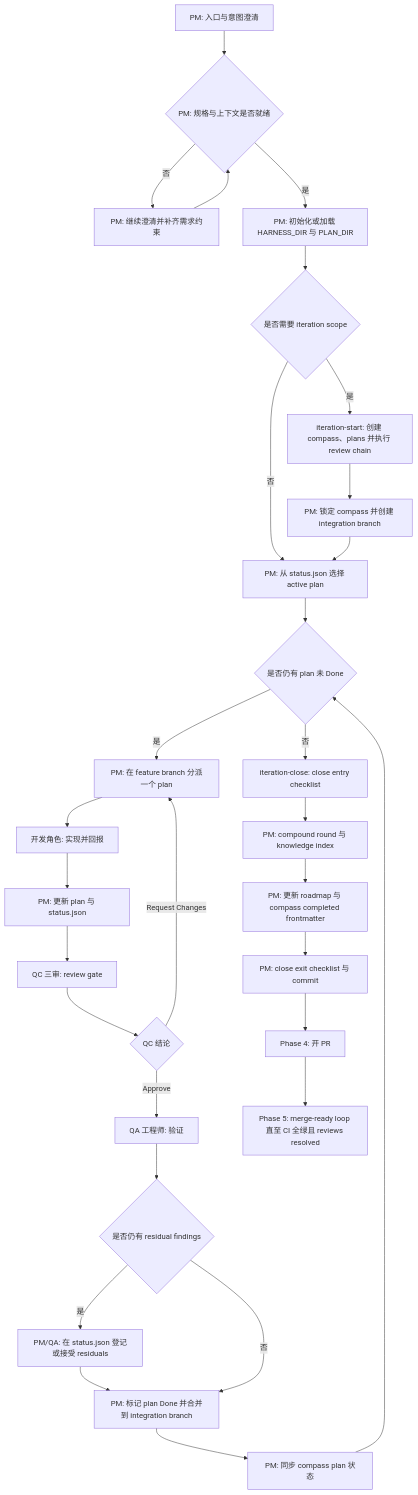
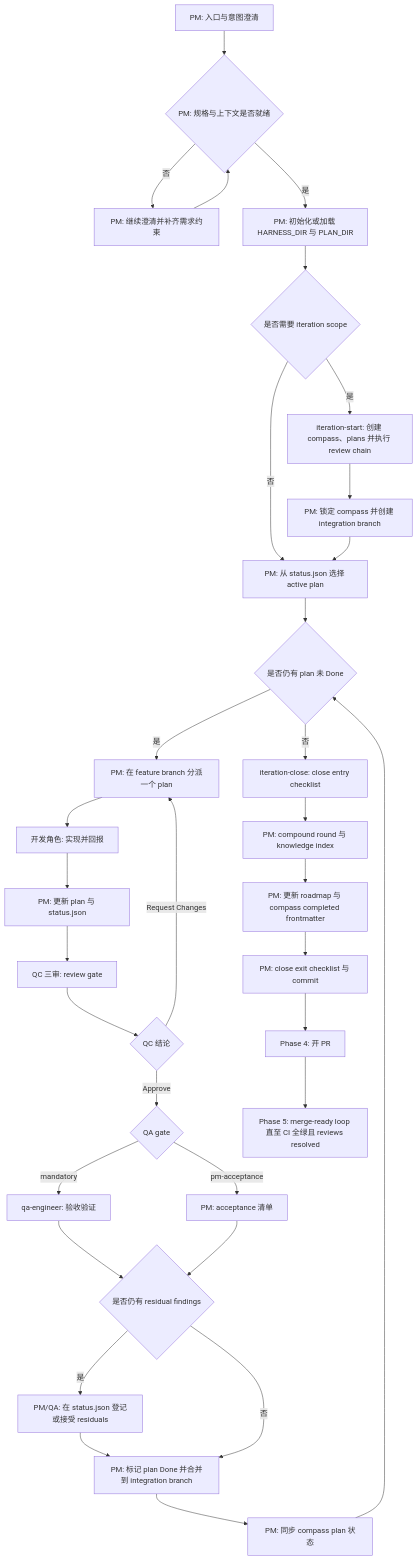
Before and after one commit to btspoony/mstar-harness: the diagram in README_CN.md, drawn with Mermaid. The commit also changed other lines of this file and 46 other files, not shown here.

````diff
--- a/README_CN.md
+++ b/README_CN.md
@@ -199,32 +199,35 @@
 ```mermaid
 flowchart TD
     A["PM: 入口与意图澄清"] --> B{"PM: 规格与上下文是否就绪"}
     B -->|否| C["PM: 继续澄清并补齐需求约束"]
     C --> B
     B -->|是| D["PM: 初始化或加载 HARNESS_DIR 与 PLAN_DIR"]
     D --> E{"是否需要 iteration scope"}
     E -->|是| F["iteration-start: 创建 compass、plans 并执行 review chain"]
     F --> G["PM: 锁定 compass 并创建 integration branch"]
     E -->|否| H["PM: 从 status.json 选择 active plan"]
     G --> H
     H --> I{"是否仍有 plan 未 Done"}
     I -->|是| J["PM: 在 feature branch 分派一个 plan"]
     J --> K["开发角色: 实现并回报"]
     K --> L["PM: 更新 plan 与 status.json"]
     L --> M["QC 三审: review gate"]
     M --> N{"QC 结论"}
     N -->|Request Changes| J
-    N -->|Approve| O["QA 工程师: 验证"]
-    O --> P{"是否仍有 residual findings"}
+    N -->|Approve| O{"QA gate"}
+    O -->|mandatory| O1["qa-engineer: 验收验证"]
+    O -->|pm-acceptance| O2["PM: acceptance 清单"]
+    O1 --> P{"是否仍有 residual findings"}
+    O2 --> P
     P -->|是| Q["PM/QA: 在 status.json 登记或接受 residuals"]
     Q --> R["PM: 标记 plan Done 并合并到 integration branch"]
     P -->|否| R
     R --> S["PM: 同步 compass plan 状态"]
     S --> I
     I -->|否| T["iteration-close: close entry checklist"]
     T --> U["PM: compound round 与 knowledge index"]
     U --> V["PM: 更新 roadmap 与 compass completed frontmatter"]
     V --> W["PM: close exit checklist 与 commit"]
     W --> X["Phase 4: 开 PR"]
     X --> Y["Phase 5: merge-ready loop 直至 CI 全绿且 reviews resolved"]
 ```
````
